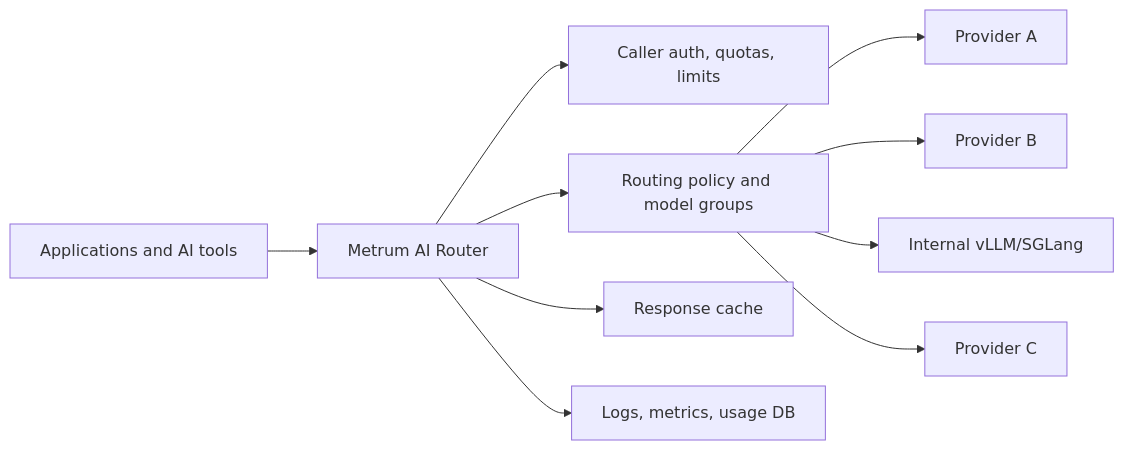
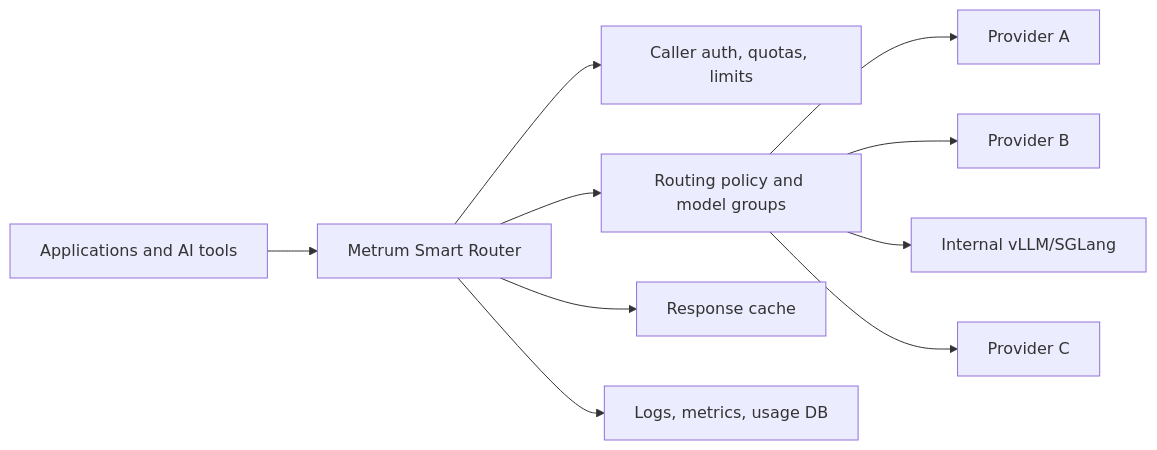
The first of 7 diagrams in docs/solution-brief.md (Metrum-AI-Products/genai-smart-router), drawn with Mermaid before and after one commit. The commit also changed other lines of this file and 103 other files, not shown here.

First line of the commit message:
docs: position Metrum Smart Router as an LLM smart router

````diff
--- a/docs/solution-brief.md
+++ b/docs/solution-brief.md
@@ -15,12 +15,12 @@
 ```mermaid
 flowchart LR
-  App[Applications and AI tools] --> Router[Metrum AI Router]
+  App[Applications and AI tools] --> Router[Metrum Smart Router]
   Router --> Auth[Caller auth, quotas, limits]
   Router --> Policy[Routing policy and model groups]
   Router --> Cache[Response cache]
   Router --> Obs[Logs, metrics, usage DB]
   Policy --> P1[Provider A]
   Policy --> P2[Provider B]
   Policy --> P3[Internal vLLM/SGLang]
   Policy --> P4[Provider C]
 ```
````
